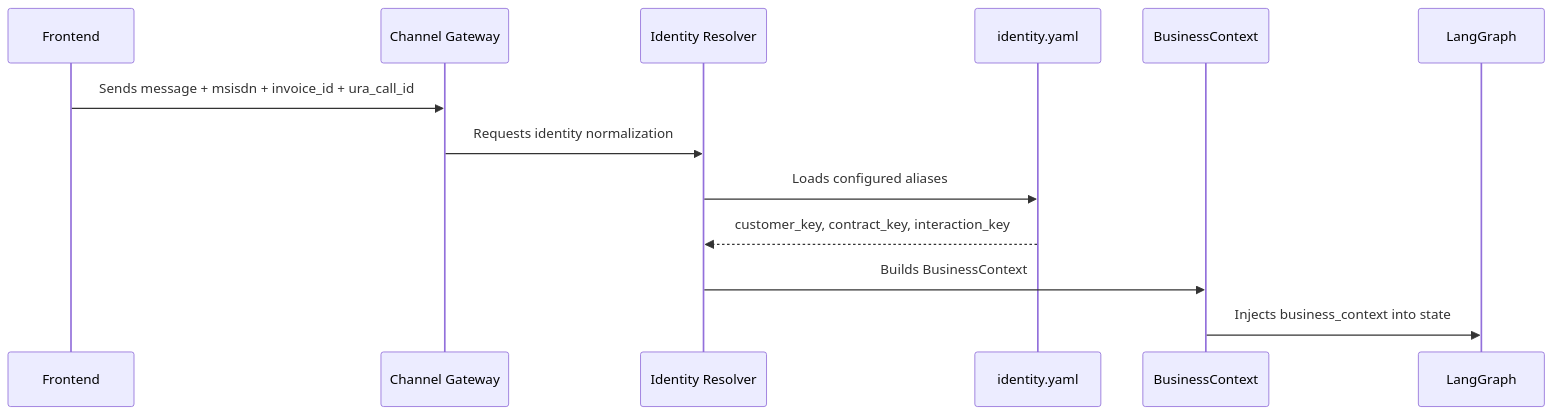
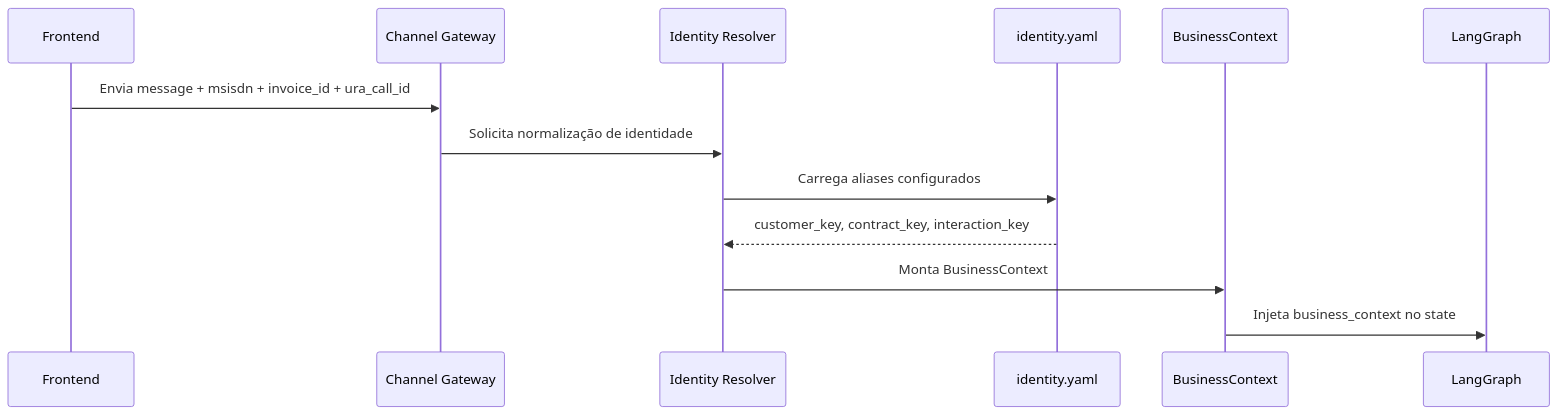
The third of 8 diagrams in README.md (hoshikawa2/agent_framework_oci_2), drawn with Mermaid before and after one commit. The commit also changed other lines of this file, not shown here.

Commit message:
examples of graph flow

````diff
--- a/README.md
+++ b/README.md
@@ -2957,16 +3280,16 @@
 ```mermaid
 sequenceDiagram
     participant FE as Frontend
     participant GW as Channel Gateway
     participant IR as Identity Resolver
     participant YAML as identity.yaml
     participant BC as BusinessContext
     participant LG as LangGraph
 
-    FE->>GW: Sends message + msisdn + invoice_id + ura_call_id
-    GW->>IR: Requests identity normalization
-    IR->>YAML: Loads configured aliases
+    FE->>GW: Envia message + msisdn + invoice_id + ura_call_id
+    GW->>IR: Solicita normalização de identidade
+    IR->>YAML: Carrega aliases configurados
     YAML-->>IR: customer_key, contract_key, interaction_key
-    IR->>BC: Builds BusinessContext
-    BC->>LG: Injects business_context into state
+    IR->>BC: Monta BusinessContext
+    BC->>LG: Injeta business_context no state
 ```
````
